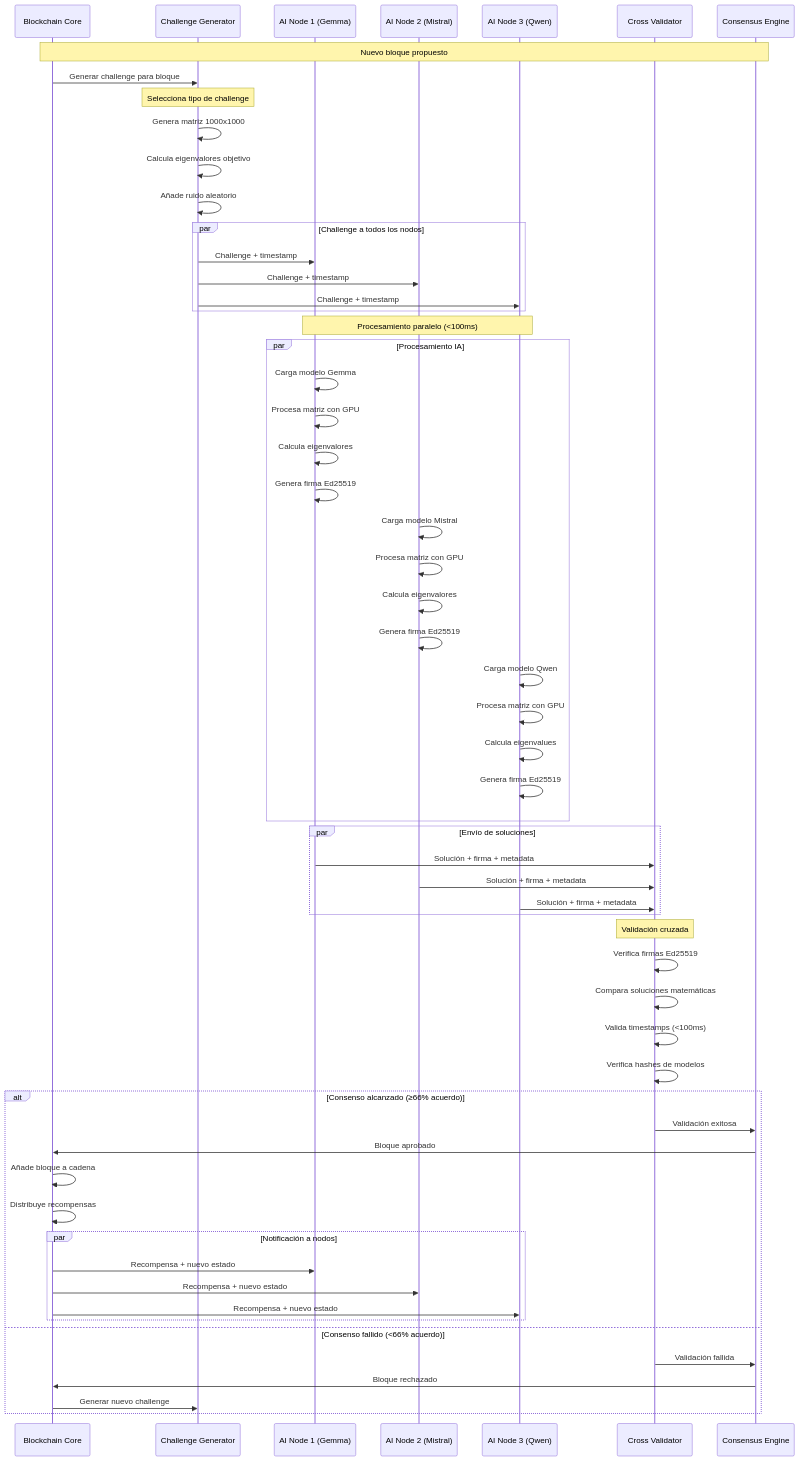
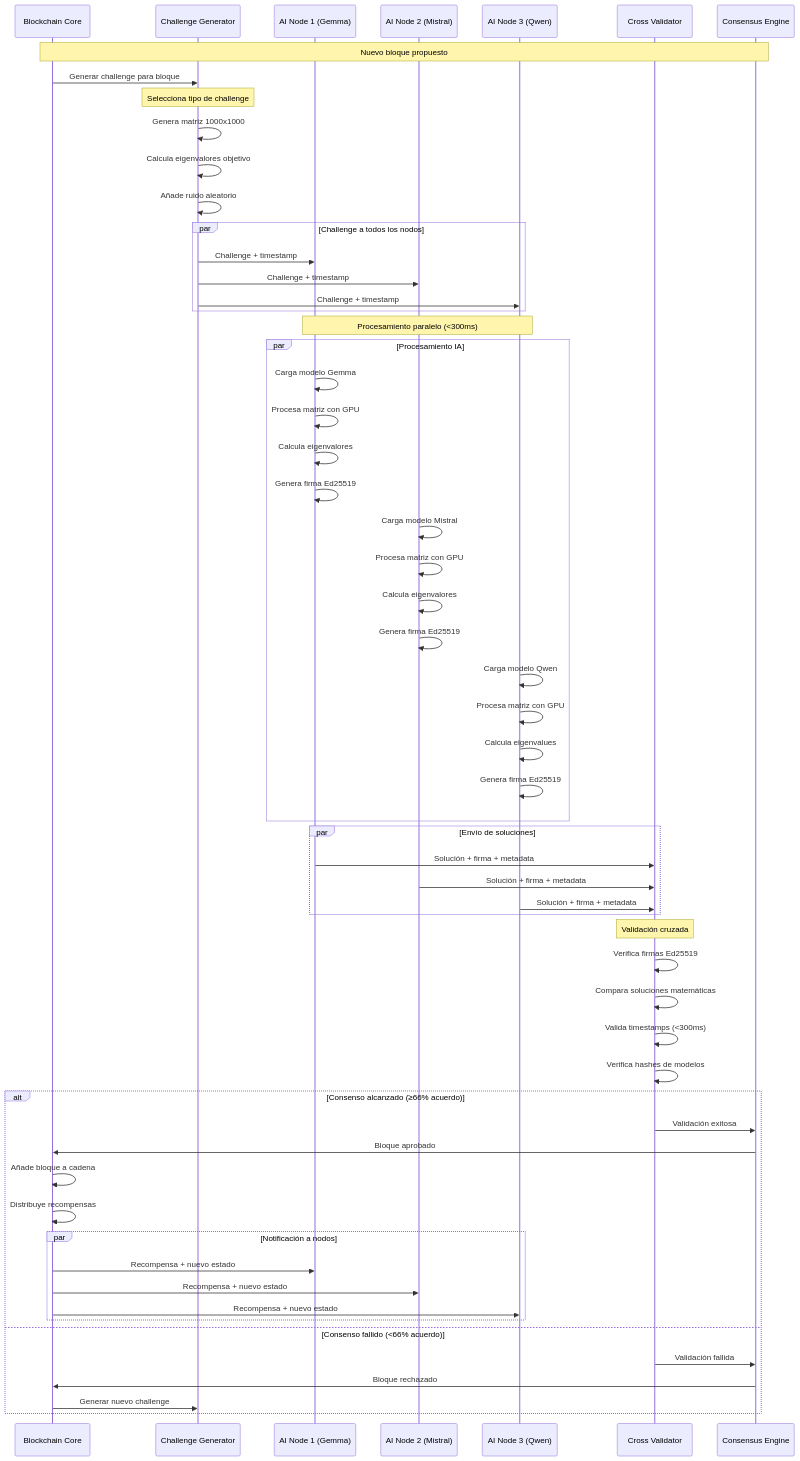
One commit to Zollkron/gamerchain changed the seventh of 12 diagrams in docs/Technical_Whitepaper.md. Above: the diagram before and after it, drawn with Mermaid. The commit also changed other lines of this file and 33 other files, not shown here.

````diff
--- a/docs/Technical_Whitepaper.md
+++ b/docs/Technical_Whitepaper.md
@@ -1061,73 +1061,73 @@
 ```mermaid
 sequenceDiagram
     participant BC as Blockchain Core
     participant CG as Challenge Generator
     participant AI1 as AI Node 1 (Gemma)
     participant AI2 as AI Node 2 (Mistral)
     participant AI3 as AI Node 3 (Qwen)
     participant CV as Cross Validator
     participant CE as Consensus Engine
     
     Note over BC,CE: Nuevo bloque propuesto
     BC->>CG: Generar challenge para bloque #N
     
     Note over CG: Selecciona tipo de challenge
     CG->>CG: Genera matriz 1000x1000
     CG->>CG: Calcula eigenvalores objetivo
     CG->>CG: Añade ruido aleatorio
     
     par Challenge a todos los nodos
         CG->>AI1: Challenge + timestamp
         CG->>AI2: Challenge + timestamp  
         CG->>AI3: Challenge + timestamp
     end
     
-    Note over AI1,AI3: Procesamiento paralelo (<100ms)
+    Note over AI1,AI3: Procesamiento paralelo (<300ms)
     
     par Procesamiento IA
         AI1->>AI1: Carga modelo Gemma
         AI1->>AI1: Procesa matriz con GPU
         AI1->>AI1: Calcula eigenvalores
         AI1->>AI1: Genera firma Ed25519
         
         AI2->>AI2: Carga modelo Mistral
         AI2->>AI2: Procesa matriz con GPU
         AI2->>AI2: Calcula eigenvalores
         AI2->>AI2: Genera firma Ed25519
         
         AI3->>AI3: Carga modelo Qwen
         AI3->>AI3: Procesa matriz con GPU
         AI3->>AI3: Calcula eigenvalues
         AI3->>AI3: Genera firma Ed25519
     end
     
     par Envío de soluciones
         AI1->>CV: Solución + firma + metadata
         AI2->>CV: Solución + firma + metadata
         AI3->>CV: Solución + firma + metadata
     end
     
     Note over CV: Validación cruzada
     CV->>CV: Verifica firmas Ed25519
     CV->>CV: Compara soluciones matemáticas
-    CV->>CV: Valida timestamps (<100ms)
+    CV->>CV: Valida timestamps (<300ms)
     CV->>CV: Verifica hashes de modelos
     
     alt Consenso alcanzado (≥66% acuerdo)
         CV->>CE: Validación exitosa
         CE->>BC: Bloque aprobado
         BC->>BC: Añade bloque a cadena
         BC->>BC: Distribuye recompensas
         
         par Notificación a nodos
             BC->>AI1: Recompensa + nuevo estado
             BC->>AI2: Recompensa + nuevo estado
             BC->>AI3: Recompensa + nuevo estado
         end
         
     else Consenso fallido (<66% acuerdo)
         CV->>CE: Validación fallida
         CE->>BC: Bloque rechazado
         BC->>CG: Generar nuevo challenge
     end
 ```
````
